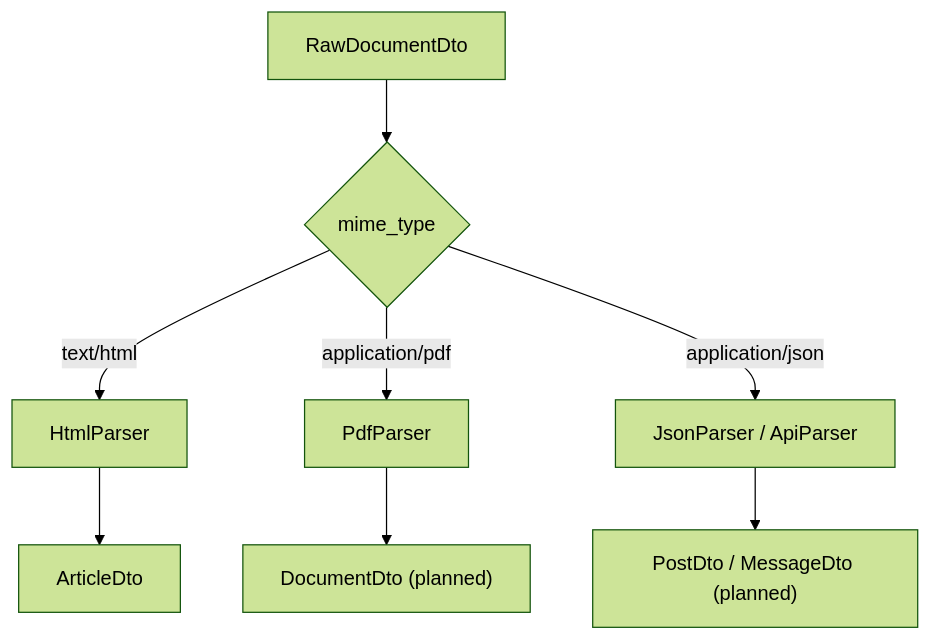
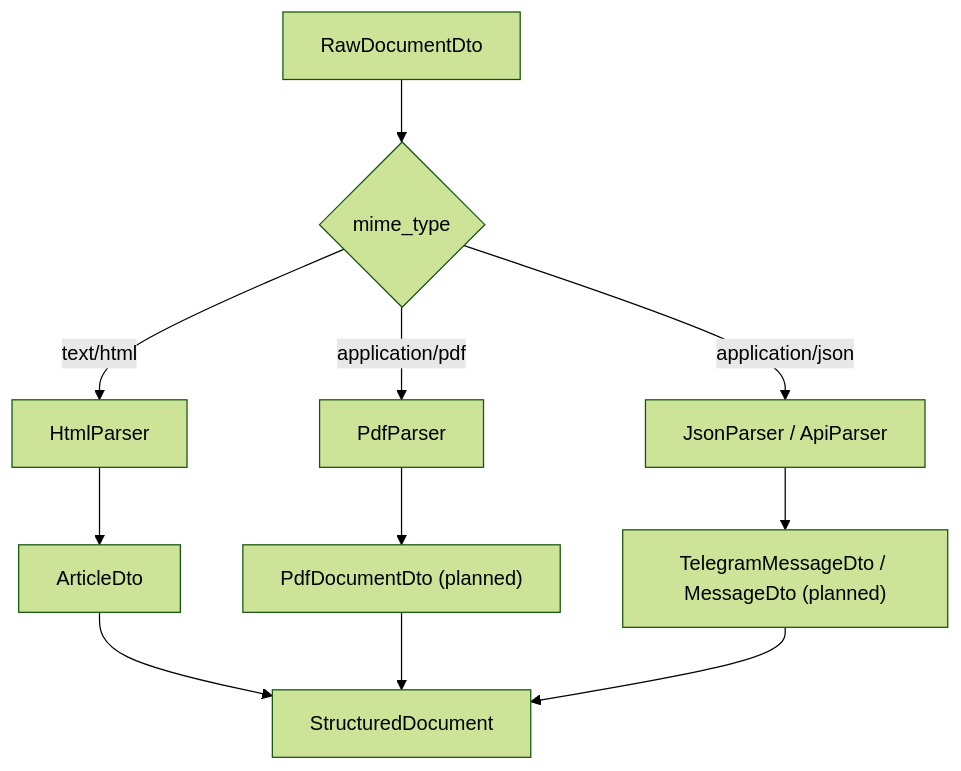
One commit to maxtarquini/osint changed the second of 6 diagrams in docs/data-flows.md. Above: the diagram before and after it, drawn with Mermaid (forest theme). The commit also changed other lines of this file and 41 other files, not shown here.

````diff
--- a/docs/data-flows.md
+++ b/docs/data-flows.md
@@ -24,19 +24,23 @@
 ```mermaid
 flowchart TD
     Raw["RawDocumentDto"]
     Mime{"mime_type"}
     Html["HtmlParser"]
     Pdf["PdfParser"]
     Api["JsonParser / ApiParser"]
+    Structured["StructuredDocument"]
     Article["ArticleDto"]
-    Document["DocumentDto (planned)"]
-    Post["PostDto / MessageDto (planned)"]
+    Document["PdfDocumentDto (planned)"]
+    Post["TelegramMessageDto / MessageDto (planned)"]
 
     Raw --> Mime
     Mime -->|"text/html"| Html
     Mime -->|"application/pdf"| Pdf
     Mime -->|"application/json"| Api
     Html --> Article
     Pdf --> Document
     Api --> Post
+    Article --> Structured
+    Document --> Structured
+    Post --> Structured
 ```
````
